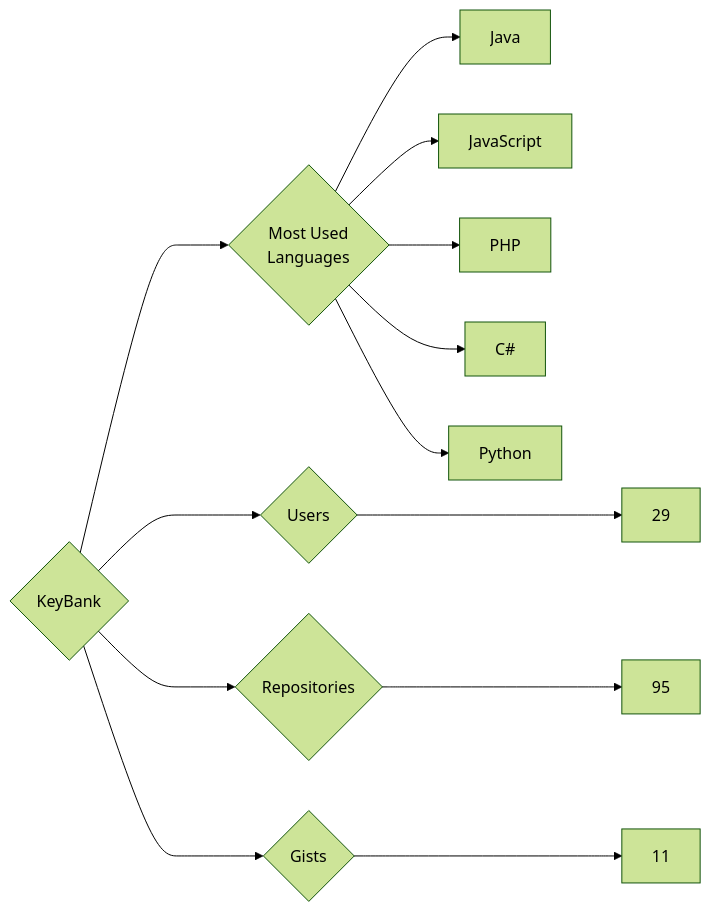
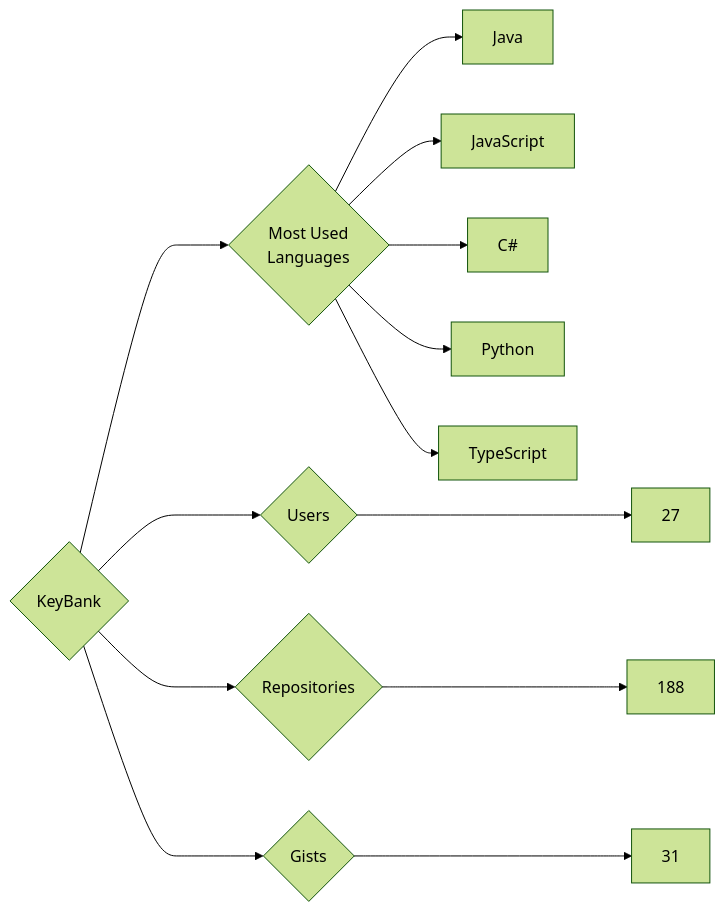
One commit to trickest/insiders changed the diagram in targets/KeyBank/README.md. Above: the diagram before and after it, drawn with Mermaid (forest theme). The commit also changed 823 other files, not shown here.

````diff
--- a/targets/KeyBank/README.md
+++ b/targets/KeyBank/README.md
@@ -3,13 +3,13 @@
 ```mermaid
 graph LR
 COMPANY_NAME{KeyBank}
-COMPANY_NAME ---> U{Users} ---> UN[29]
-COMPANY_NAME ---> R{Repositories} ---> RN[95]
-COMPANY_NAME ---> G{Gists} ---> GN[11]
+COMPANY_NAME ---> U{Users} ---> UN[27]
+COMPANY_NAME ---> R{Repositories} ---> RN[188]
+COMPANY_NAME ---> G{Gists} ---> GN[31]
 COMPANY_NAME ---> ML{Most Used<br>Languages}
 ML --> Java[Java]
 ML --> JavaScript[JavaScript]
-ML --> PHP[PHP]
 ML --> C#[C#]
 ML --> Python[Python]
+ML --> TypeScript[TypeScript]
 ```
````
